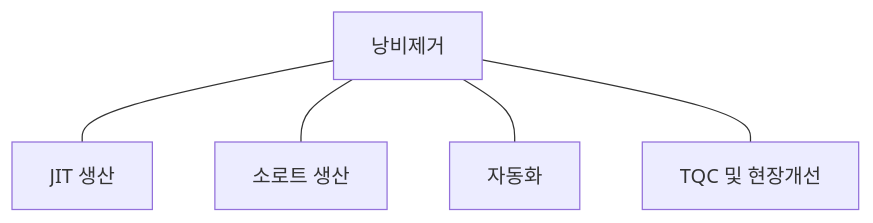
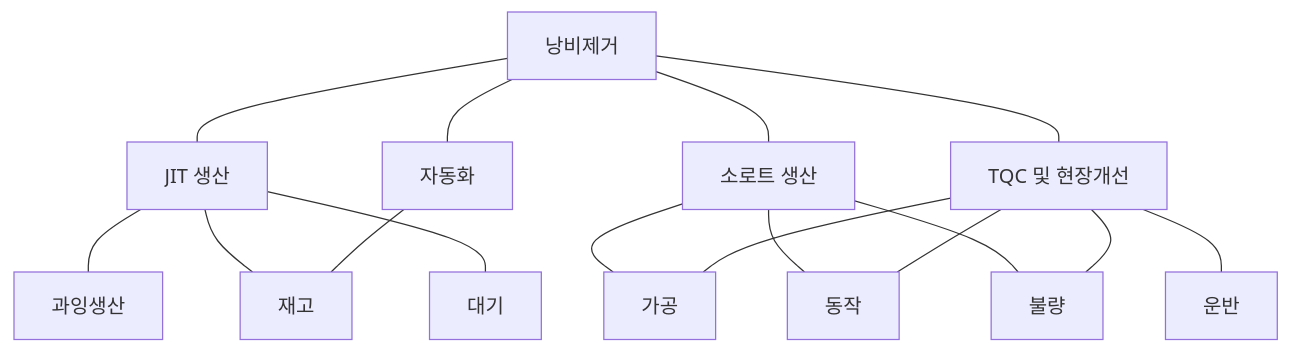
Before and after one commit to yeonkyupark/PEPC: the eighth of 9 diagrams in 1-1.경쟁우위 생산전략.qmd, drawn with Mermaid. The commit also changed other lines of this file, not shown here.

````diff
--- a/1-1.경쟁우위 생산전략.qmd
+++ b/1-1.경쟁우위 생산전략.qmd
@@ -717,6 +724,24 @@
 ```{mermaid}
 flowchart TB
-낭비제거 --- 1[JIT 생산] & 2[소로트 생산] & 3[자동화] & 4[TQC 및 현장개선]
+00[낭비제거]
+10[JIT 생산]
+20[소로트 생산]
+30[자동화]
+40[TQC 및 현장개선]
+1[과잉생산]
+2[재고]
+3[운반]
+4[대기]
+5[가공]
+6[동작]
+7[불량]
+
+00 --- 10 & 20 & 30 & 40
+
+10 --- 1 & 2 & 4
+20 --- 5 & 6 & 7
+30 --- 2
+40 --- 3 & 5 & 6 & 7 
 
 classDef transclass fill:#fcfcfc, stroke:#fcfcfc
 ```
````
